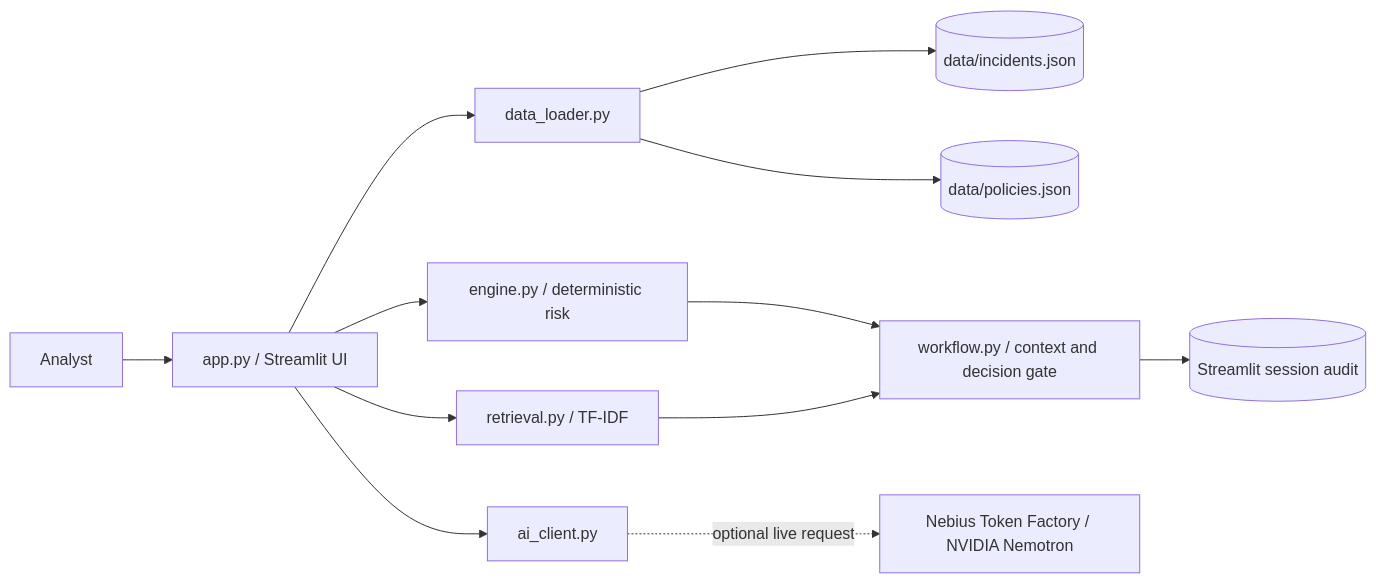
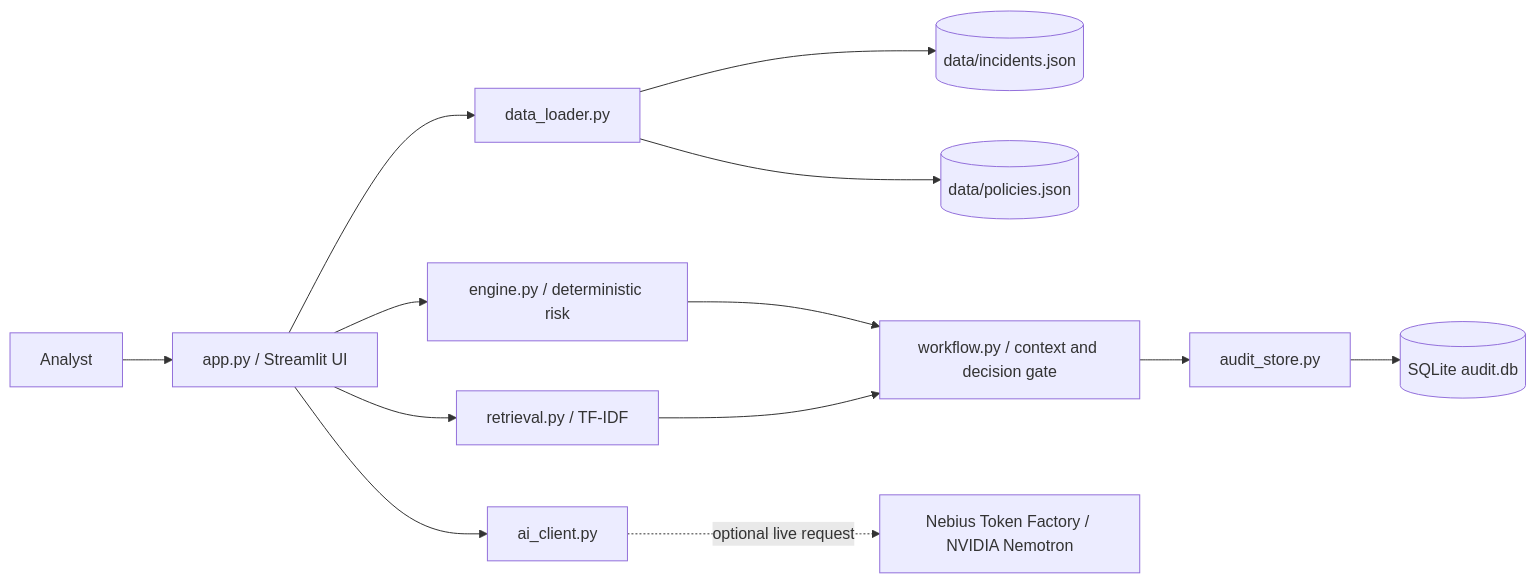
Before and after one commit to Kush760/GuardBee: the diagram in docs/diagrams/architecture.mmd, drawn with Mermaid. The commit also changed 108 other files, not shown here.

```diff
--- a/docs/diagrams/architecture.mmd
+++ b/docs/diagrams/architecture.mmd
@@ -1,12 +1,13 @@
 flowchart LR
   Analyst[Analyst] --> UI[app.py / Streamlit UI]
   UI --> Loader[data_loader.py]
   Loader --> Incidents[(data/incidents.json)]
   Loader --> Policies[(data/policies.json)]
   UI --> Engine[engine.py / deterministic risk]
   UI --> Retrieval[retrieval.py / TF-IDF]
   Engine --> Context[workflow.py / context and decision gate]
   Retrieval --> Context
   UI --> AI[ai_client.py]
   AI -. optional live request .-> Nebius[Nebius Token Factory / NVIDIA Nemotron]
-  Context --> Audit[(Streamlit session audit)]
+  Context --> Audit[audit_store.py]
+  Audit --> DB[(SQLite audit.db)]
```
